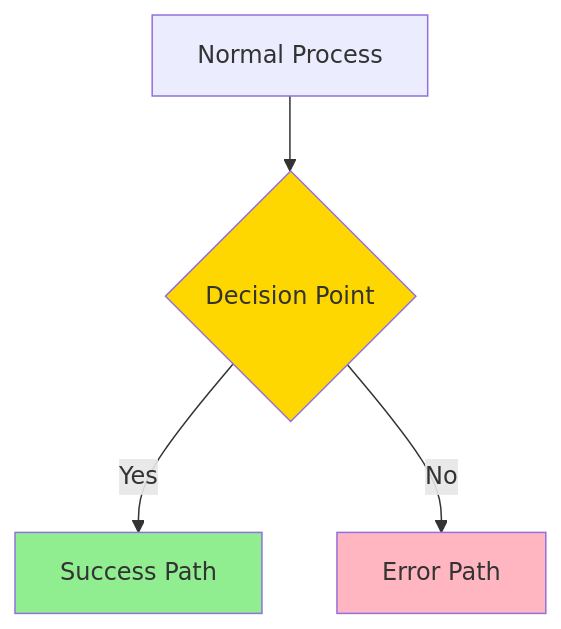
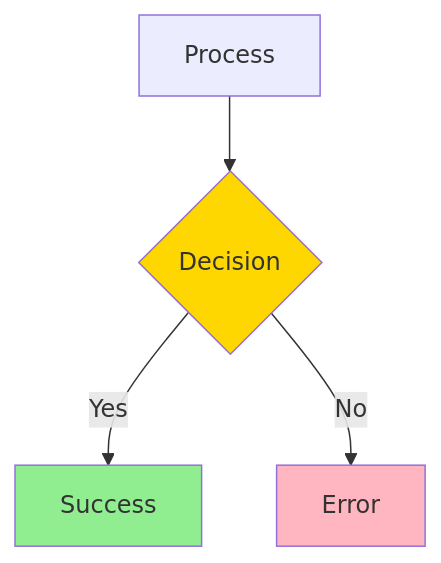
The first of 7 diagrams in docs/development/guides/mermaid-diagram-standards.md (faiyaz7283/dashtam-api), drawn with Mermaid before and after one commit. The commit also changed other lines of this file, not shown here.

First line of the commit message:
docs(guides): restructure mermaid-diagram-standards.md for template compliance

````diff
--- a/docs/development/guides/mermaid-diagram-standards.md
+++ b/docs/development/guides/mermaid-diagram-standards.md
@@ -296,10 +220,10 @@
 ```mermaid
 flowchart TD
-    A[Normal Process] --> B{Decision Point}
-    B -->|Yes| C[Success Path]
-    B -->|No| D[Error Path]
+    A[Process] --> B{Decision}
+    B -->|Yes| C[Success]
+    B -->|No| D[Error]
     
     style C fill:#90EE90
     style D fill:#FFB6C1
     style B fill:#FFD700
 ```
````
